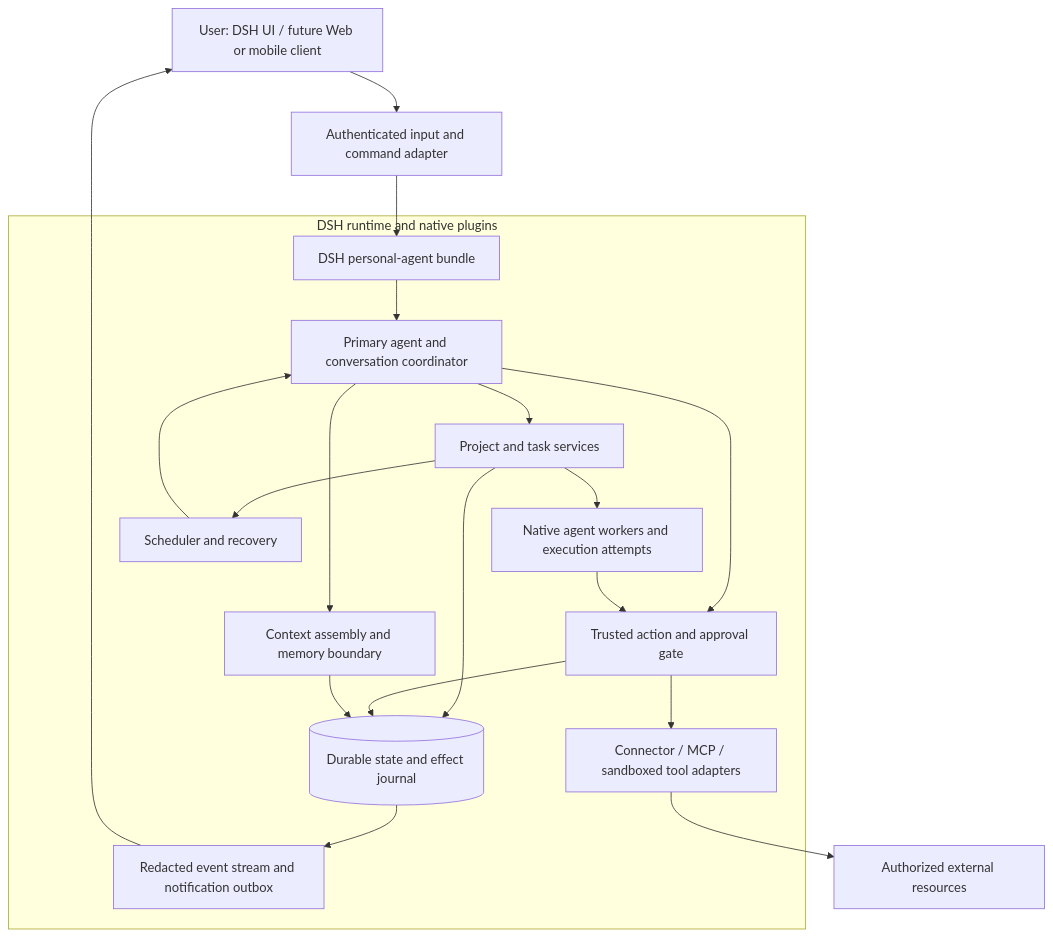
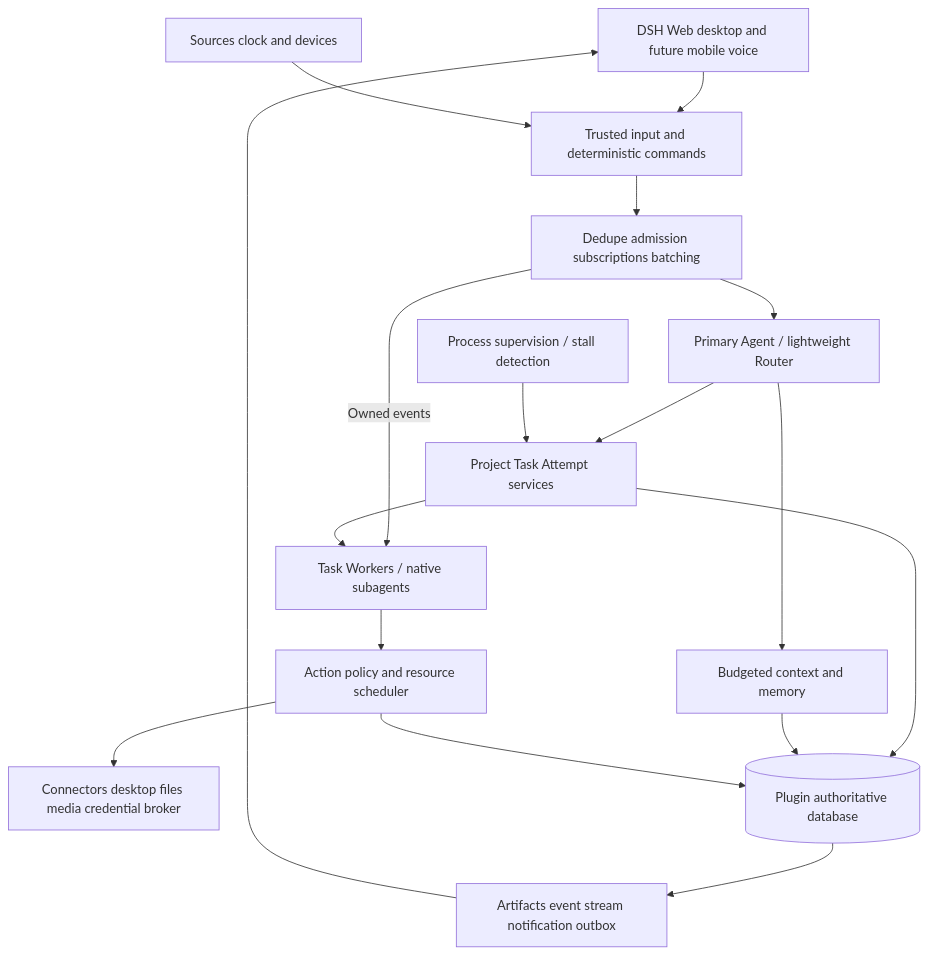
The diagram in docs/01-product-and-architecture.md (MosBot-AI/dsh-personal-agent), drawn with Mermaid before and after one commit. The commit also changed other lines of this file and 27 other files, not shown here.

````diff
--- a/docs/01-product-and-architecture.md
+++ b/docs/01-product-and-architecture.md
@@ -41,22 +49,19 @@
 ```mermaid
 flowchart TB
-    U[User: DSH UI / future Web or mobile client] --> I[Authenticated input and command adapter]
-    I --> P[DSH personal-agent bundle]
-    subgraph Native[DSH runtime and native plugins]
-      P --> A[Primary agent and conversation coordinator]
-      A --> T[Project and task services]
-      A --> C[Context assembly and memory boundary]
-      T --> W[Native agent workers and execution attempts]
-      A --> G[Trusted action and approval gate]
-      W --> G
-      G --> X[Connector / MCP / sandboxed tool adapters]
-      T --> S[Scheduler and recovery]
-      S --> A
-      T --> D[(Durable state and effect journal)]
-      G --> D
-      C --> D
-      D --> E[Redacted event stream and notification outbox]
-    end
-    E --> U
-    X --> R[Authorized external resources]
+  U[DSH Web desktop and future mobile voice] --> IN[Trusted input and deterministic commands]
+  EV[Sources clock and devices] --> IN
+  IN --> F[Dedupe admission subscriptions batching]
+  F --> R[Primary Agent / lightweight Router]
+  F -->|Owned events| W[Task Workers / native subagents]
+  R --> T[Project Task Attempt services]
+  T --> W
+  R --> C[Budgeted context and memory]
+  W --> G[Action policy and resource scheduler]
+  G --> X[Connectors desktop files media credential broker]
+  T --> DB[(Plugin authoritative database)]
+  C --> DB
+  G --> DB
+  DB --> O[Artifacts event stream notification outbox]
+  O --> U
+  S[Process supervision / stall detection] --> T
 ```
````
